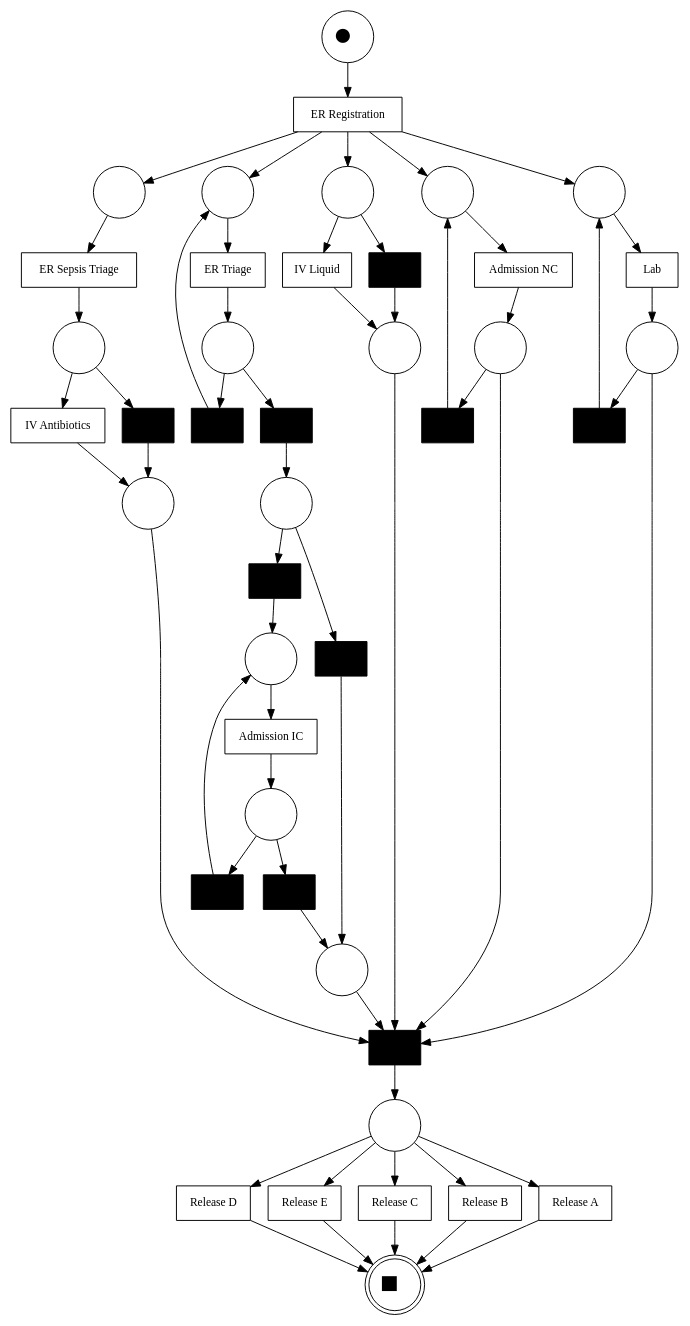
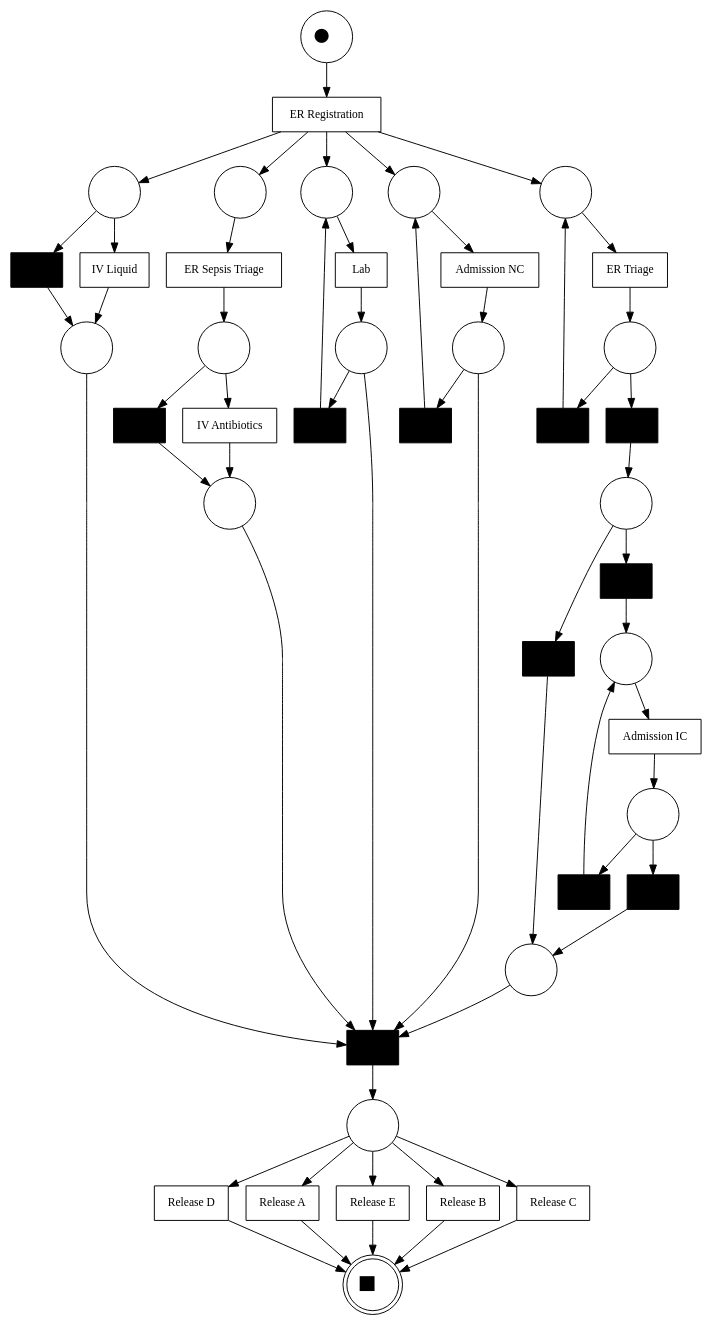
One commit to Evzett/laba_tad4 changed the diagram in outputs/figures/petri_net_abstract.gv. Above: the diagram before and after it, drawn with Graphviz. The commit also changed 24 other files, not shown here.

```diff
--- a/outputs/figures/petri_net_abstract.gv
+++ b/outputs/figures/petri_net_abstract.gv
@@ -1,103 +1,103 @@
-digraph "imdf_net_1795035594.0125942" {
+digraph "imdf_net_1795037344.1279602" {
 	graph [bgcolor=white rankdir=TB]
 	node [shape=box]
-	2199680744176 [label="ER Registration" border=1 fillcolor=white fontcolor=black fontsize=12 style=filled]
-	2199680740480 [label="Admission NC" border=1 fillcolor=white fontcolor=black fontsize=12 style=filled]
-	2196767823744 [label="ER Sepsis Triage" border=1 fillcolor=white fontcolor=black fontsize=12 style=filled]
-	2196774234032 [label="ER Triage" border=1 fillcolor=white fontcolor=black fontsize=12 style=filled]
-	2196773137984 [label=Lab border=1 fillcolor=white fontcolor=black fontsize=12 style=filled]
-	2196773140672 [label="IV Liquid" border=1 fillcolor=white fontcolor=black fontsize=12 style=filled]
-	2196773135184 [label="" border=1 fillcolor=black fontcolor=black fontsize=12 style=filled]
-	2196767829120 [label="IV Antibiotics" border=1 fillcolor=white fontcolor=black fontsize=12 style=filled]
-	2199680737568 [label="" border=1 fillcolor=black fontcolor=black fontsize=12 style=filled]
-	2196774227648 [label="" border=1 fillcolor=black fontcolor=black fontsize=12 style=filled]
-	2196773141456 [label="" border=1 fillcolor=black fontcolor=black fontsize=12 style=filled]
-	2196774234592 [label="" border=1 fillcolor=black fontcolor=black fontsize=12 style=filled]
-	2199680736112 [label="" border=1 fillcolor=black fontcolor=black fontsize=12 style=filled]
-	2196767831920 [label="" border=1 fillcolor=black fontcolor=black fontsize=12 style=filled]
-	2196773134736 [label="Release D" border=1 fillcolor=white fontcolor=black fontsize=12 style=filled]
-	2196773133616 [label="Release E" border=1 fillcolor=white fontcolor=black fontsize=12 style=filled]
-	2196773139888 [label="Release C" border=1 fillcolor=white fontcolor=black fontsize=12 style=filled]
-	2196774071872 [label="" border=1 fillcolor=black fontcolor=black fontsize=12 style=filled]
-	2196773129696 [label="Release B" border=1 fillcolor=white fontcolor=black fontsize=12 style=filled]
-	2196774060784 [label="" border=1 fillcolor=black fontcolor=black fontsize=12 style=filled]
-	2196773128688 [label="Release A" border=1 fillcolor=white fontcolor=black fontsize=12 style=filled]
-	2196774064704 [label="Admission IC" border=1 fillcolor=white fontcolor=black fontsize=12 style=filled]
-	2196774063248 [label="" border=1 fillcolor=black fontcolor=black fontsize=12 style=filled]
-	2196774063696 [label="" border=1 fillcolor=black fontcolor=black fontsize=12 style=filled]
-	2199680730176 [label=<&#9679;> fillcolor=white fixedsize=true fontsize=34 shape=circle style=filled width=0.75]
-	2199680729616 [label="" fillcolor=white fixedsize=true shape=circle style=filled width=0.75]
-	2196774230560 [label="" fillcolor=white fixedsize=true shape=circle style=filled width=0.75]
-	2196773132832 [label="" fillcolor=white fixedsize=true shape=circle style=filled width=0.75]
-	2199680729280 [label="" fillcolor=white fixedsize=true shape=circle style=filled width=0.75]
-	2196764598224 [label="" fillcolor=white fixedsize=true shape=circle style=filled width=0.75]
-	2196773141008 [label="" fillcolor=white fixedsize=true shape=circle style=filled width=0.75]
-	2196773128352 [label="" fillcolor=white fixedsize=true shape=circle style=filled width=0.75]
-	2199680733872 [label="" fillcolor=white fixedsize=true shape=circle style=filled width=0.75]
-	2196774235824 [label="" fillcolor=white fixedsize=true shape=circle style=filled width=0.75]
-	2196767824752 [label="" fillcolor=white fixedsize=true shape=circle style=filled width=0.75]
-	2199680733760 [label="" fillcolor=white fixedsize=true shape=circle style=filled width=0.75]
-	2199680739136 [label="" fillcolor=white fixedsize=true shape=circle style=filled width=0.75]
-	2196774234704 [label="" fillcolor=white fixedsize=true shape=circle style=filled width=0.75]
-	2196774063808 [label="" fillcolor=white fixedsize=true shape=circle style=filled width=0.75]
-	2196774237392 [label="" fillcolor=white fixedsize=true shape=circle style=filled width=0.75]
-	2199680743056 [label=<&#9632;> fillcolor=white fixedsize=true fontsize=32 shape=doublecircle style=filled width=0.75]
-	2196774072656 [label="" fillcolor=white fixedsize=true shape=circle style=filled width=0.75]
-	2199680730176 -> 2199680744176 [label="" arrowhead=normal fontsize=12]
-	2199680744176 -> 2196764598224 [label="" arrowhead=normal fontsize=12]
-	2199680744176 -> 2196774230560 [label="" arrowhead=normal fontsize=12]
-	2199680744176 -> 2196773132832 [label="" arrowhead=normal fontsize=12]
-	2199680744176 -> 2199680729616 [label="" arrowhead=normal fontsize=12]
-	2199680744176 -> 2199680729280 [label="" arrowhead=normal fontsize=12]
-	2196773132832 -> 2196773140672 [label="" arrowhead=normal fontsize=12]
-	2196773132832 -> 2196773135184 [label="" arrowhead=normal fontsize=12]
-	2199680729616 -> 2196767823744 [label="" arrowhead=normal fontsize=12]
-	2196774230560 -> 2196774234032 [label="" arrowhead=normal fontsize=12]
-	2196764598224 -> 2196773137984 [label="" arrowhead=normal fontsize=12]
-	2199680729280 -> 2199680740480 [label="" arrowhead=normal fontsize=12]
-	2199680740480 -> 2199680733872 [label="" arrowhead=normal fontsize=12]
-	2196774234032 -> 2196774235824 [label="" arrowhead=normal fontsize=12]
-	2196773140672 -> 2196773141008 [label="" arrowhead=normal fontsize=12]
-	2196767823744 -> 2196767824752 [label="" arrowhead=normal fontsize=12]
-	2196773137984 -> 2196773128352 [label="" arrowhead=normal fontsize=12]
-	2196773135184 -> 2196773141008 [label="" arrowhead=normal fontsize=12]
-	2196767824752 -> 2196767829120 [label="" arrowhead=normal fontsize=12]
-	2199680733872 -> 2199680737568 [label="" arrowhead=normal fontsize=12]
-	2196774235824 -> 2196774227648 [label="" arrowhead=normal fontsize=12]
-	2199680733872 -> 2199680736112 [label="" arrowhead=normal fontsize=12]
-	2196774235824 -> 2196774234592 [label="" arrowhead=normal fontsize=12]
-	2196773128352 -> 2199680737568 [label="" arrowhead=normal fontsize=12]
-	2196767824752 -> 2196767831920 [label="" arrowhead=normal fontsize=12]
-	2196773128352 -> 2196773141456 [label="" arrowhead=normal fontsize=12]
-	2196773141008 -> 2199680737568 [label="" arrowhead=normal fontsize=12]
-	2196773141456 -> 2196764598224 [label="" arrowhead=normal fontsize=12]
-	2196774227648 -> 2196774230560 [label="" arrowhead=normal fontsize=12]
-	2199680736112 -> 2199680729280 [label="" arrowhead=normal fontsize=12]
-	2196767831920 -> 2199680739136 [label="" arrowhead=normal fontsize=12]
-	2199680737568 -> 2199680733760 [label="" arrowhead=normal fontsize=12]
-	2196767829120 -> 2199680739136 [label="" arrowhead=normal fontsize=12]
-	2196774234592 -> 2196774234704 [label="" arrowhead=normal fontsize=12]
-	2199680739136 -> 2199680737568 [label="" arrowhead=normal fontsize=12]
-	2199680733760 -> 2196773128688 [label="" arrowhead=normal fontsize=12]
-	2196774234704 -> 2196774071872 [label="" arrowhead=normal fontsize=12]
-	2199680733760 -> 2196773134736 [label="" arrowhead=normal fontsize=12]
-	2199680733760 -> 2196773133616 [label="" arrowhead=normal fontsize=12]
-	2196774234704 -> 2196774060784 [label="" arrowhead=normal fontsize=12]
-	2199680733760 -> 2196773139888 [label="" arrowhead=normal fontsize=12]
-	2199680733760 -> 2196773129696 [label="" arrowhead=normal fontsize=12]
-	2196774071872 -> 2196774063808 [label="" arrowhead=normal fontsize=12]
-	2196774060784 -> 2196774237392 [label="" arrowhead=normal fontsize=12]
-	2196773133616 -> 2199680743056 [label="" arrowhead=normal fontsize=12]
-	2196773139888 -> 2199680743056 [label="" arrowhead=normal fontsize=12]
-	2196773134736 -> 2199680743056 [label="" arrowhead=normal fontsize=12]
-	2196773129696 -> 2199680743056 [label="" arrowhead=normal fontsize=12]
-	2196773128688 -> 2199680743056 [label="" arrowhead=normal fontsize=12]
-	2196774237392 -> 2199680737568 [label="" arrowhead=normal fontsize=12]
-	2196774063808 -> 2196774064704 [label="" arrowhead=normal fontsize=12]
-	2196774064704 -> 2196774072656 [label="" arrowhead=normal fontsize=12]
-	2196774072656 -> 2196774063696 [label="" arrowhead=normal fontsize=12]
-	2196774072656 -> 2196774063248 [label="" arrowhead=normal fontsize=12]
-	2196774063248 -> 2196774237392 [label="" arrowhead=normal fontsize=12]
-	2196774063696 -> 2196774063808 [label="" arrowhead=normal fontsize=12]
+	1968373191232 [label="ER Registration" border=1 fillcolor=white fontcolor=black fontsize=12 style=filled]
+	1968379208976 [label=Lab border=1 fillcolor=white fontcolor=black fontsize=12 style=filled]
+	1968379212336 [label="" border=1 fillcolor=black fontcolor=black fontsize=12 style=filled]
+	1968379199792 [label="IV Liquid" border=1 fillcolor=white fontcolor=black fontsize=12 style=filled]
+	1968373198400 [label="Admission NC" border=1 fillcolor=white fontcolor=black fontsize=12 style=filled]
+	1968378715104 [label="ER Triage" border=1 fillcolor=white fontcolor=black fontsize=12 style=filled]
+	1968373190000 [label="ER Sepsis Triage" border=1 fillcolor=white fontcolor=black fontsize=12 style=filled]
+	1968378708608 [label="" border=1 fillcolor=black fontcolor=black fontsize=12 style=filled]
+	1968378722832 [label="" border=1 fillcolor=black fontcolor=black fontsize=12 style=filled]
+	1968379203488 [label="" border=1 fillcolor=black fontcolor=black fontsize=12 style=filled]
+	1968373193920 [label="" border=1 fillcolor=black fontcolor=black fontsize=12 style=filled]
+	1968373191120 [label="" border=1 fillcolor=black fontcolor=black fontsize=12 style=filled]
+	1968373191008 [label="" border=1 fillcolor=black fontcolor=black fontsize=12 style=filled]
+	1968373197168 [label="IV Antibiotics" border=1 fillcolor=white fontcolor=black fontsize=12 style=filled]
+	1968379201696 [label="Release D" border=1 fillcolor=white fontcolor=black fontsize=12 style=filled]
+	1968378718128 [label="" border=1 fillcolor=black fontcolor=black fontsize=12 style=filled]
+	1968379107760 [label="Release A" border=1 fillcolor=white fontcolor=black fontsize=12 style=filled]
+	1968378708944 [label="" border=1 fillcolor=black fontcolor=black fontsize=12 style=filled]
+	1968379215696 [label="Release E" border=1 fillcolor=white fontcolor=black fontsize=12 style=filled]
+	1968379207632 [label="Release B" border=1 fillcolor=white fontcolor=black fontsize=12 style=filled]
+	1968379203040 [label="Release C" border=1 fillcolor=white fontcolor=black fontsize=12 style=filled]
+	1968378714096 [label="Admission IC" border=1 fillcolor=white fontcolor=black fontsize=12 style=filled]
+	1968378713872 [label="" border=1 fillcolor=black fontcolor=black fontsize=12 style=filled]
+	1968378711072 [label="" border=1 fillcolor=black fontcolor=black fontsize=12 style=filled]
+	1968373202768 [label=<&#9679;> fillcolor=white fixedsize=true fontsize=34 shape=circle style=filled width=0.75]
+	1968379200128 [label="" fillcolor=white fixedsize=true shape=circle style=filled width=0.75]
+	1968373193360 [label="" fillcolor=white fixedsize=true shape=circle style=filled width=0.75]
+	1968379202704 [label="" fillcolor=white fixedsize=true shape=circle style=filled width=0.75]
+	1968373202096 [label="" fillcolor=white fixedsize=true shape=circle style=filled width=0.75]
+	1968378716224 [label="" fillcolor=white fixedsize=true shape=circle style=filled width=0.75]
+	1968373196048 [label="" fillcolor=white fixedsize=true shape=circle style=filled width=0.75]
+	1968378709392 [label="" fillcolor=white fixedsize=true shape=circle style=filled width=0.75]
+	1968373197728 [label="" fillcolor=white fixedsize=true shape=circle style=filled width=0.75]
+	1968379213120 [label="" fillcolor=white fixedsize=true shape=circle style=filled width=0.75]
+	1968379206512 [label="" fillcolor=white fixedsize=true shape=circle style=filled width=0.75]
+	1968378710624 [label="" fillcolor=white fixedsize=true shape=circle style=filled width=0.75]
+	1968373200752 [label="" fillcolor=white fixedsize=true shape=circle style=filled width=0.75]
+	1968373201648 [label="" fillcolor=white fixedsize=true shape=circle style=filled width=0.75]
+	1968378723728 [label="" fillcolor=white fixedsize=true shape=circle style=filled width=0.75]
+	1968378709616 [label="" fillcolor=white fixedsize=true shape=circle style=filled width=0.75]
+	1968373188544 [label=<&#9632;> fillcolor=white fixedsize=true fontsize=32 shape=doublecircle style=filled width=0.75]
+	1968378708384 [label="" fillcolor=white fixedsize=true shape=circle style=filled width=0.75]
+	1968373202768 -> 1968373191232 [label="" arrowhead=normal fontsize=12]
+	1968373191232 -> 1968378716224 [label="" arrowhead=normal fontsize=12]
+	1968373191232 -> 1968373202096 [label="" arrowhead=normal fontsize=12]
+	1968373191232 -> 1968379202704 [label="" arrowhead=normal fontsize=12]
+	1968373191232 -> 1968373193360 [label="" arrowhead=normal fontsize=12]
+	1968373191232 -> 1968379200128 [label="" arrowhead=normal fontsize=12]
+	1968379200128 -> 1968379199792 [label="" arrowhead=normal fontsize=12]
+	1968379200128 -> 1968379212336 [label="" arrowhead=normal fontsize=12]
+	1968373193360 -> 1968373190000 [label="" arrowhead=normal fontsize=12]
+	1968378716224 -> 1968378715104 [label="" arrowhead=normal fontsize=12]
+	1968379202704 -> 1968379208976 [label="" arrowhead=normal fontsize=12]
+	1968373202096 -> 1968373198400 [label="" arrowhead=normal fontsize=12]
+	1968373190000 -> 1968373197728 [label="" arrowhead=normal fontsize=12]
+	1968378715104 -> 1968378709392 [label="" arrowhead=normal fontsize=12]
+	1968379212336 -> 1968379206512 [label="" arrowhead=normal fontsize=12]
+	1968373198400 -> 1968373196048 [label="" arrowhead=normal fontsize=12]
+	1968379208976 -> 1968379213120 [label="" arrowhead=normal fontsize=12]
+	1968379199792 -> 1968379206512 [label="" arrowhead=normal fontsize=12]
+	1968379206512 -> 1968373193920 [label="" arrowhead=normal fontsize=12]
+	1968379213120 -> 1968379203488 [label="" arrowhead=normal fontsize=12]
+	1968373196048 -> 1968373191008 [label="" arrowhead=normal fontsize=12]
+	1968378709392 -> 1968378708608 [label="" arrowhead=normal fontsize=12]
+	1968373197728 -> 1968373197168 [label="" arrowhead=normal fontsize=12]
+	1968379213120 -> 1968373193920 [label="" arrowhead=normal fontsize=12]
+	1968378709392 -> 1968378722832 [label="" arrowhead=normal fontsize=12]
+	1968373197728 -> 1968373191120 [label="" arrowhead=normal fontsize=12]
+	1968373196048 -> 1968373193920 [label="" arrowhead=normal fontsize=12]
+	1968373191008 -> 1968373202096 [label="" arrowhead=normal fontsize=12]
+	1968378722832 -> 1968378716224 [label="" arrowhead=normal fontsize=12]
+	1968379203488 -> 1968379202704 [label="" arrowhead=normal fontsize=12]
+	1968373193920 -> 1968373200752 [label="" arrowhead=normal fontsize=12]
+	1968373197168 -> 1968373201648 [label="" arrowhead=normal fontsize=12]
+	1968373191120 -> 1968373201648 [label="" arrowhead=normal fontsize=12]
+	1968378708608 -> 1968378710624 [label="" arrowhead=normal fontsize=12]
+	1968373201648 -> 1968373193920 [label="" arrowhead=normal fontsize=12]
+	1968373200752 -> 1968379203040 [label="" arrowhead=normal fontsize=12]
+	1968373200752 -> 1968379201696 [label="" arrowhead=normal fontsize=12]
+	1968373200752 -> 1968379207632 [label="" arrowhead=normal fontsize=12]
+	1968378710624 -> 1968378718128 [label="" arrowhead=normal fontsize=12]
+	1968378710624 -> 1968378708944 [label="" arrowhead=normal fontsize=12]
+	1968373200752 -> 1968379215696 [label="" arrowhead=normal fontsize=12]
+	1968373200752 -> 1968379107760 [label="" arrowhead=normal fontsize=12]
+	1968378708944 -> 1968378709616 [label="" arrowhead=normal fontsize=12]
+	1968378718128 -> 1968378723728 [label="" arrowhead=normal fontsize=12]
+	1968379201696 -> 1968373188544 [label="" arrowhead=normal fontsize=12]
+	1968379215696 -> 1968373188544 [label="" arrowhead=normal fontsize=12]
+	1968379203040 -> 1968373188544 [label="" arrowhead=normal fontsize=12]
+	1968379207632 -> 1968373188544 [label="" arrowhead=normal fontsize=12]
+	1968379107760 -> 1968373188544 [label="" arrowhead=normal fontsize=12]
+	1968378723728 -> 1968373193920 [label="" arrowhead=normal fontsize=12]
+	1968378709616 -> 1968378714096 [label="" arrowhead=normal fontsize=12]
+	1968378714096 -> 1968378708384 [label="" arrowhead=normal fontsize=12]
+	1968378708384 -> 1968378713872 [label="" arrowhead=normal fontsize=12]
+	1968378708384 -> 1968378711072 [label="" arrowhead=normal fontsize=12]
+	1968378711072 -> 1968378723728 [label="" arrowhead=normal fontsize=12]
+	1968378713872 -> 1968378709616 [label="" arrowhead=normal fontsize=12]
 	overlap=false
 }
```
